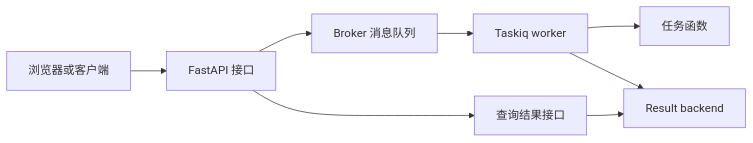
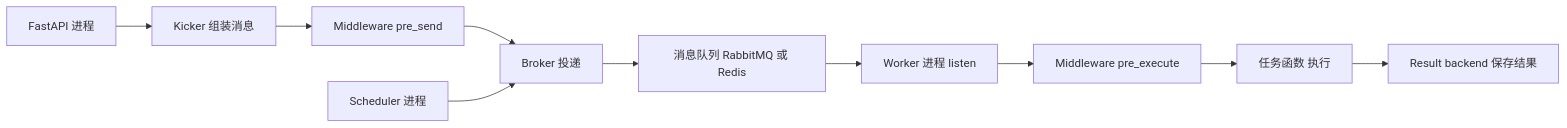
Before and after one commit to amuqiao/blog: the diagram in content/posts/fastapi-taskiq-one-guide/index.md, drawn with Mermaid. The commit also changed other lines of this file, not shown here.

Commit message:
docs(posts): 修订 FastAPI 接入 Taskiq 教程

```diff
--- a/content/posts/fastapi-taskiq-one-guide/index.md
+++ b/content/posts/fastapi-taskiq-one-guide/index.md
@@ -44,10 +50,12 @@
 {{< mermaid >}}
 flowchart LR
-    Browser["浏览器或客户端"] --> API["FastAPI 接口"]
-    API --> Broker["Broker 消息队列"]
-    Broker --> Worker["Taskiq worker"]
-    Worker --> Task["任务函数"]
-    Worker --> Result["Result backend"]
-    API --> Query["查询结果接口"]
-    Query --> Result
+    App["FastAPI 进程"] --> Kicker["Kicker 组装消息"]
+    Kicker --> MW1["Middleware pre_send"]
+    MW1 --> Broker["Broker 投递"]
+    Broker --> Queue["消息队列 RabbitMQ 或 Redis"]
+    Queue --> Worker["Worker 进程 listen"]
+    Worker --> MW2["Middleware pre_execute"]
+    MW2 --> Task["任务函数 执行"]
+    Task --> RB["Result backend 保存结果"]
+    Sched["Scheduler 进程"] --> Broker
 {{< /mermaid >}}
```
